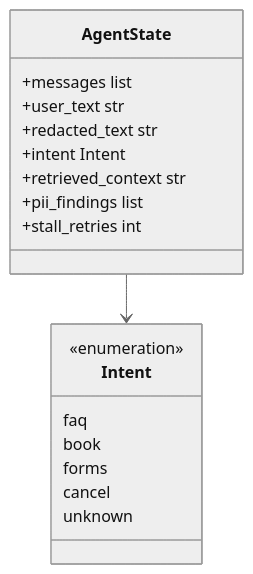
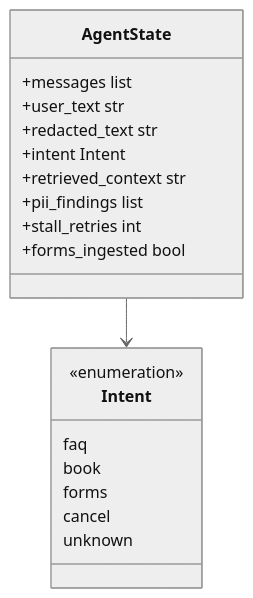
One commit to spuller7/dentist-assistant-agent changed the second of 2 diagrams in README.md. Above: the diagram before and after it, drawn with Mermaid (neutral theme). The commit also changed other lines of this file and 11 other files, not shown here.

````diff
--- a/README.md
+++ b/README.md
@@ -87,21 +68,22 @@
 ```mermaid
 classDiagram
     class AgentState {
         +messages list
         +user_text str
         +redacted_text str
         +intent Intent
         +retrieved_context str
         +pii_findings list
         +stall_retries int
+        +forms_ingested bool
     }
     class Intent {
         <<enumeration>>
         faq
         book
         forms
         cancel
         unknown
     }
     AgentState --> Intent
 ```
````
